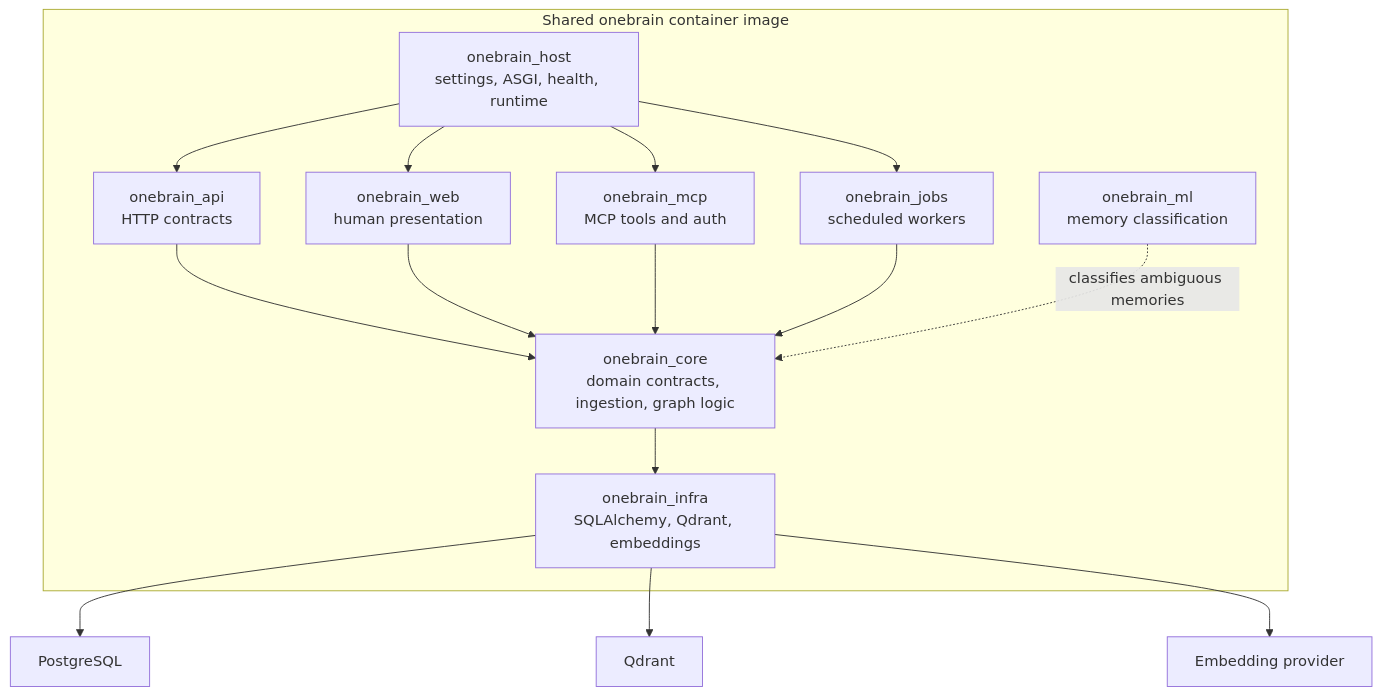
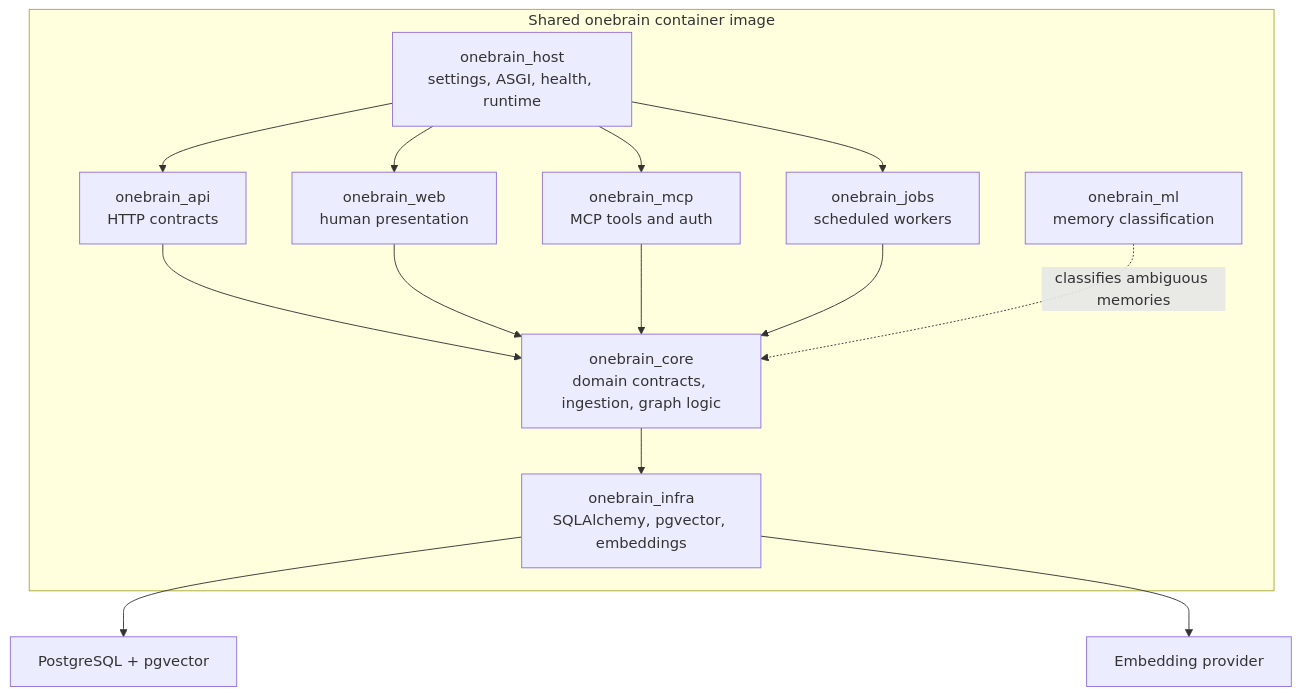
Before and after one commit to viamus/one-brain: the second of 3 diagrams in README.md, drawn with Mermaid. The commit also changed other lines of this file and 43 other files, not shown here.

Commit message:
Rework web, vectors, and jobs architecture

````diff
--- a/README.md
+++ b/README.md
@@ -57,27 +54,26 @@
 ```mermaid
 flowchart TB
     subgraph Image["Shared onebrain container image"]
         Host["onebrain_host<br/>settings, ASGI, health, runtime"]
         API["onebrain_api<br/>HTTP contracts"]
         Web["onebrain_web<br/>human presentation"]
         MCP["onebrain_mcp<br/>MCP tools and auth"]
         Jobs["onebrain_jobs<br/>scheduled workers"]
         Core["onebrain_core<br/>domain contracts, ingestion, graph logic"]
-        Infra["onebrain_infra<br/>SQLAlchemy, Qdrant, embeddings"]
+        Infra["onebrain_infra<br/>SQLAlchemy, pgvector, embeddings"]
         ML["onebrain_ml<br/>memory classification"]
     end
 
     Host --> API
     Host --> Web
     Host --> MCP
     Host --> Jobs
     API --> Core
     Web --> Core
     MCP --> Core
     Jobs --> Core
     Core --> Infra
-    Infra --> DB["PostgreSQL"]
-    Infra --> Vector["Qdrant"]
+    Infra --> DB["PostgreSQL + pgvector"]
     Infra --> Embeddings["Embedding provider"]
     ML -. classifies ambiguous memories .-> Core
 ```
````
